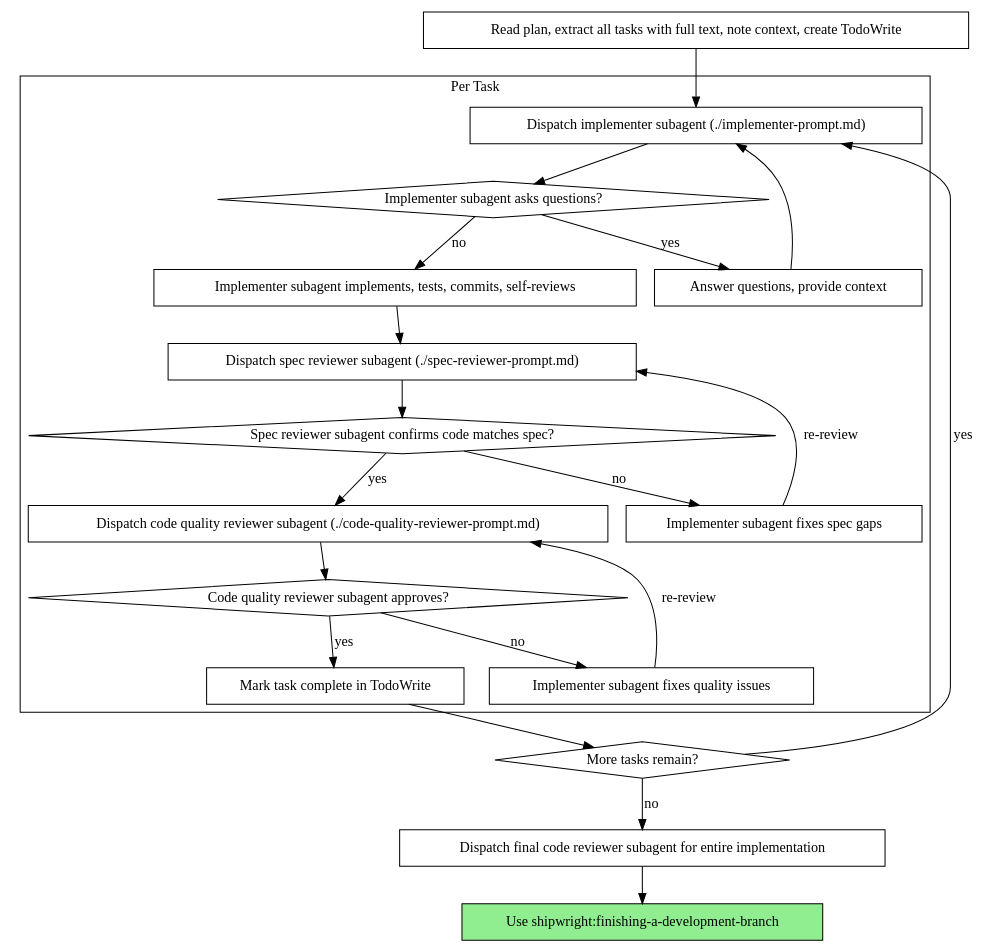
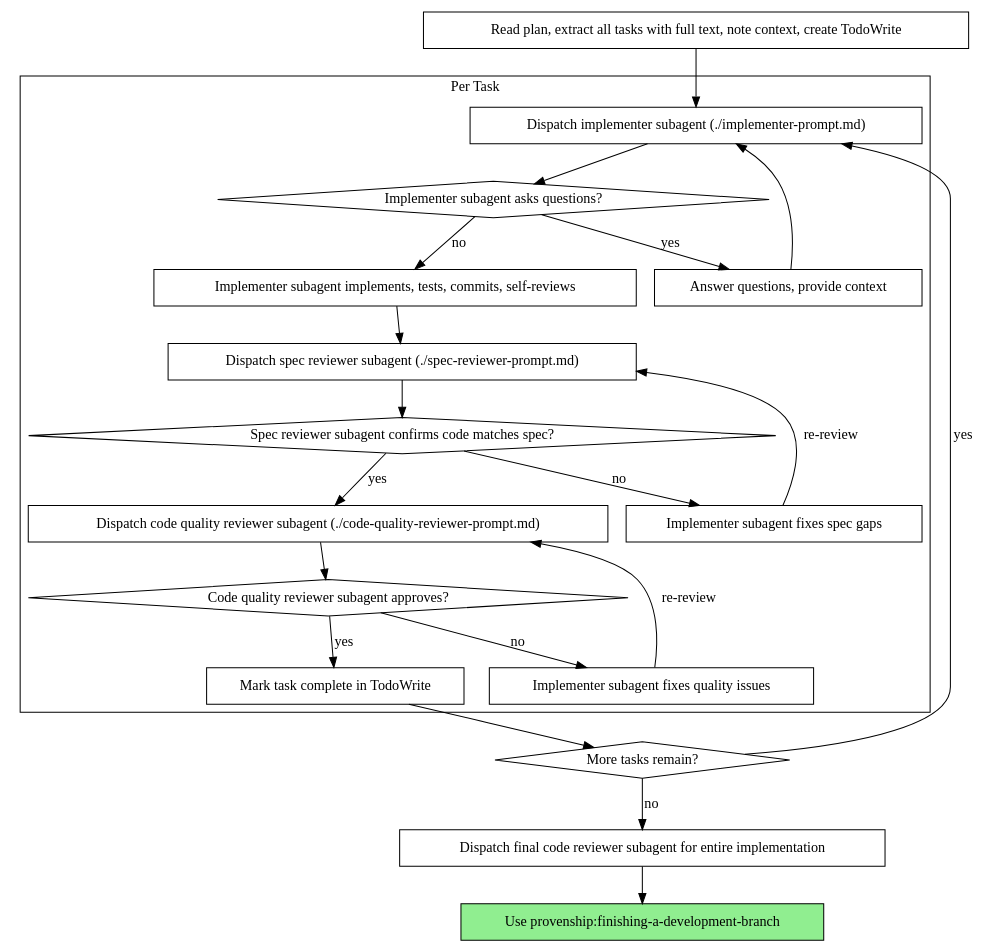
One commit to RudreshNarwal/shipwright changed the second of 2 diagrams in skills/subagent-driven-development/SKILL.md. Above: the diagram before and after it, drawn with Graphviz. The commit also changed other lines of this file and 39 other files, not shown here.

First line of the commit message:
rename: shipwright -> provenship across the whole project (#9)

````diff
--- a/skills/subagent-driven-development/SKILL.md
+++ b/skills/subagent-driven-development/SKILL.md
@@ -44,44 +44,44 @@
 ```dot
 digraph process {
     rankdir=TB;
 
     subgraph cluster_per_task {
         label="Per Task";
         "Dispatch implementer subagent (./implementer-prompt.md)" [shape=box];
         "Implementer subagent asks questions?" [shape=diamond];
         "Answer questions, provide context" [shape=box];
         "Implementer subagent implements, tests, commits, self-reviews" [shape=box];
         "Dispatch spec reviewer subagent (./spec-reviewer-prompt.md)" [shape=box];
         "Spec reviewer subagent confirms code matches spec?" [shape=diamond];
         "Implementer subagent fixes spec gaps" [shape=box];
         "Dispatch code quality reviewer subagent (./code-quality-reviewer-prompt.md)" [shape=box];
         "Code quality reviewer subagent approves?" [shape=diamond];
         "Implementer subagent fixes quality issues" [shape=box];
         "Mark task complete in TodoWrite" [shape=box];
     }
 
     "Read plan, extract all tasks with full text, note context, create TodoWrite" [shape=box];
     "More tasks remain?" [shape=diamond];
     "Dispatch final code reviewer subagent for entire implementation" [shape=box];
-    "Use shipwright:finishing-a-development-branch" [shape=box style=filled fillcolor=lightgreen];
+    "Use provenship:finishing-a-development-branch" [shape=box style=filled fillcolor=lightgreen];
 
     "Read plan, extract all tasks with full text, note context, create TodoWrite" -> "Dispatch implementer subagent (./implementer-prompt.md)";
     "Dispatch implementer subagent (./implementer-prompt.md)" -> "Implementer subagent asks questions?";
     "Implementer subagent asks questions?" -> "Answer questions, provide context" [label="yes"];
     "Answer questions, provide context" -> "Dispatch implementer subagent (./implementer-prompt.md)";
     "Implementer subagent asks questions?" -> "Implementer subagent implements, tests, commits, self-reviews" [label="no"];
     "Implementer subagent implements, tests, commits, self-reviews" -> "Dispatch spec reviewer subagent (./spec-reviewer-prompt.md)";
     "Dispatch spec reviewer subagent (./spec-reviewer-prompt.md)" -> "Spec reviewer subagent confirms code matches spec?";
     "Spec reviewer subagent confirms code matches spec?" -> "Implementer subagent fixes spec gaps" [label="no"];
     "Implementer subagent fixes spec gaps" -> "Dispatch spec reviewer subagent (./spec-reviewer-prompt.md)" [label="re-review"];
     "Spec reviewer subagent confirms code matches spec?" -> "Dispatch code quality reviewer subagent (./code-quality-reviewer-prompt.md)" [label="yes"];
     "Dispatch code quality reviewer subagent (./code-quality-reviewer-prompt.md)" -> "Code quality reviewer subagent approves?";
     "Code quality reviewer subagent approves?" -> "Implementer subagent fixes quality issues" [label="no"];
     "Implementer subagent fixes quality issues" -> "Dispatch code quality reviewer subagent (./code-quality-reviewer-prompt.md)" [label="re-review"];
     "Code quality reviewer subagent approves?" -> "Mark task complete in TodoWrite" [label="yes"];
     "Mark task complete in TodoWrite" -> "More tasks remain?";
     "More tasks remain?" -> "Dispatch implementer subagent (./implementer-prompt.md)" [label="yes"];
     "More tasks remain?" -> "Dispatch final code reviewer subagent for entire implementation" [label="no"];
-    "Dispatch final code reviewer subagent for entire implementation" -> "Use shipwright:finishing-a-development-branch";
+    "Dispatch final code reviewer subagent for entire implementation" -> "Use provenship:finishing-a-development-branch";
 }
 ```
````
